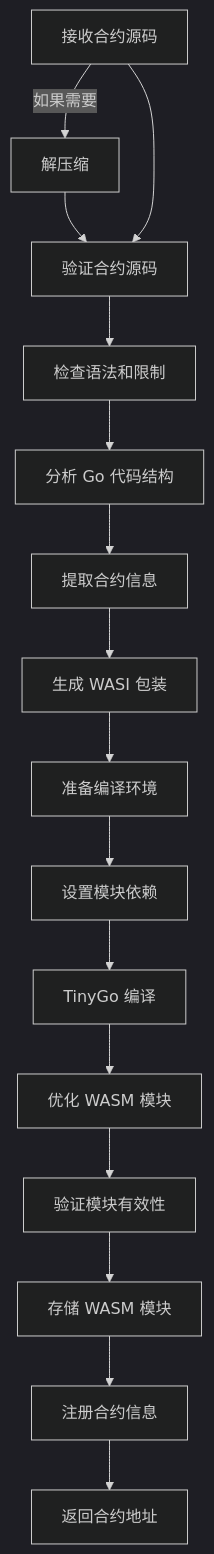
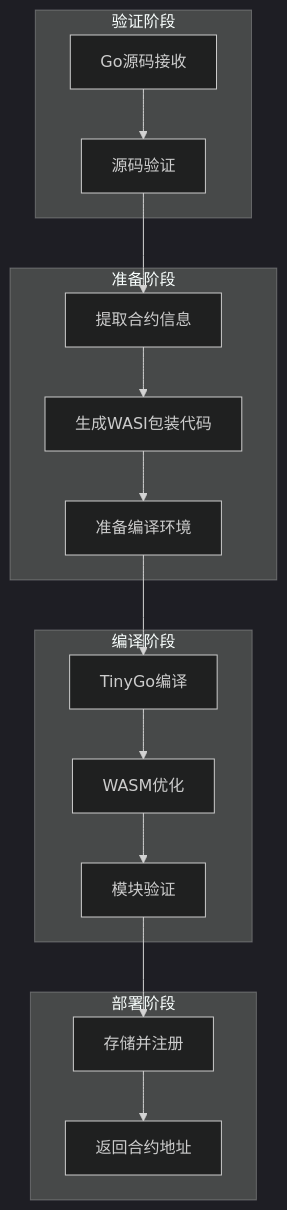
Before and after one commit to govm-net/vm: the second of 5 diagrams in docs/vm_architecture.md, drawn with Mermaid (dark theme). The commit also changed other lines of this file and 1 other file, not shown here.

````diff
--- a/docs/vm_architecture.md
+++ b/docs/vm_architecture.md
@@ -219,18 +234,34 @@
 ```mermaid
 flowchart TD
-    A[接收合约源码] --如果需要--> B[解压缩]
-    B --> C[验证合约源码]
-    A --> C
-    C --> D[检查语法和限制]
-    D --> E[分析 Go 代码结构]
-    E --> F[提取合约信息]
-    F --> G[生成 WASI 包装]
-    G --> H[准备编译环境]
-    H --> I[设置模块依赖]
-    I --> J[TinyGo 编译]
-    J --> K[优化 WASM 模块]
-    K --> L[验证模块有效性]
-    L --> M[存储 WASM 模块]
-    M --> N[注册合约信息]
-    N --> O[返回合约地址]
+    A[Go源码接收] --> B[源码验证]
+    B --> C[提取合约信息]
+    C --> D[生成WASI包装代码]
+    D --> E[准备编译环境]
+    E --> F[TinyGo编译]
+    F --> G[WASM优化]
+    G --> H[模块验证]
+    H --> I[存储并注册]
+    I --> J[返回合约地址]
+    
+    subgraph 验证阶段
+        A
+        B
+    end
+    
+    subgraph 准备阶段
+        C
+        D
+        E
+    end
+    
+    subgraph 编译阶段
+        F
+        G
+        H
+    end
+    
+    subgraph 部署阶段
+        I
+        J
+    end
 ```
````
